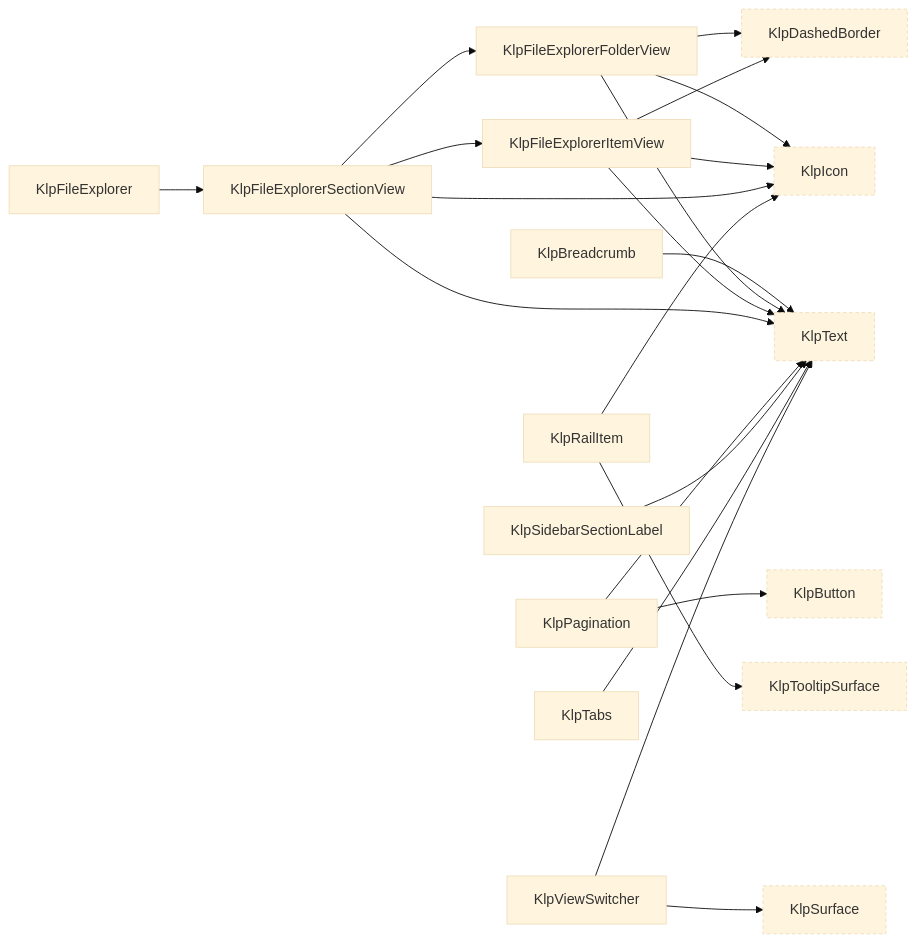
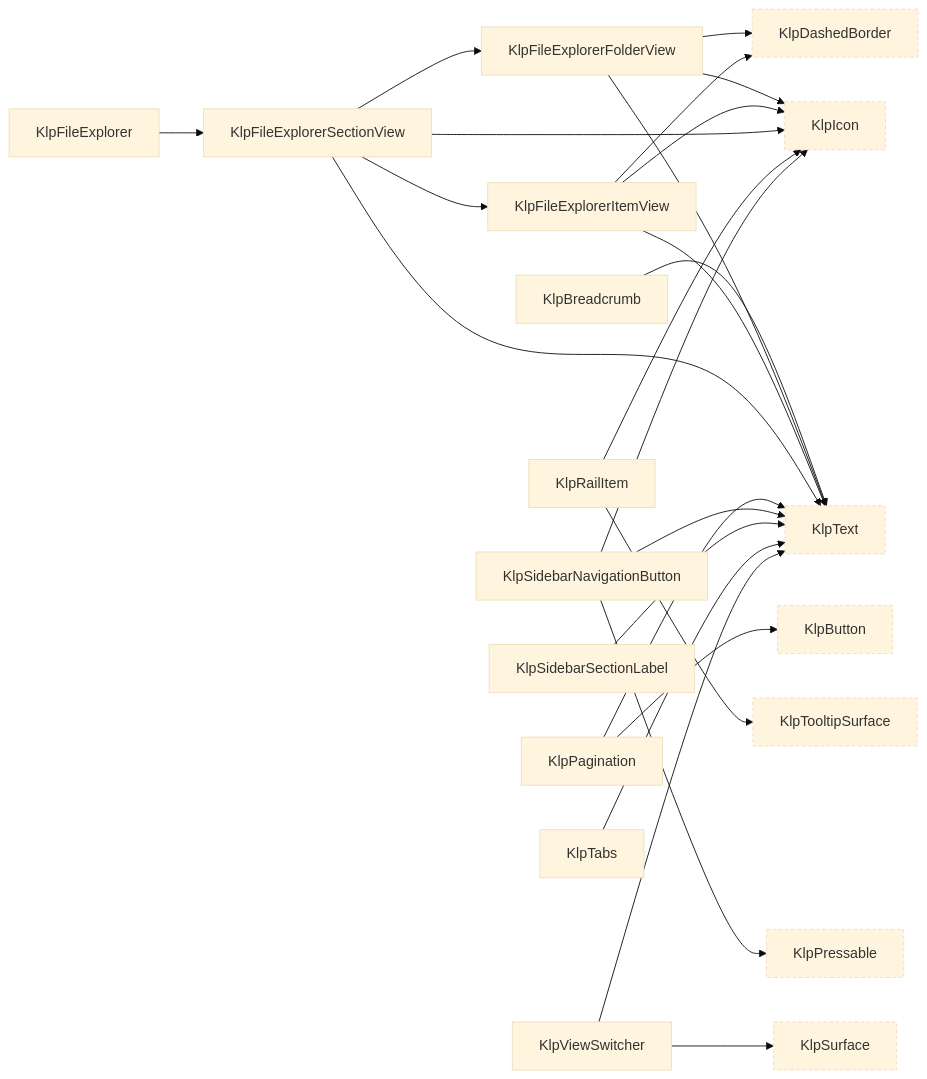
One commit to MiuDog/Kallopis changed diagram 12 of 16 in spec/component-inventory.md. Above: the diagram before and after it, drawn with Mermaid (base theme). The commit also changed other lines of this file and 48 other files, not shown here.

Commit message:
feat: centralize sidebar navigation styling

````diff
--- a/spec/component-inventory.md
+++ b/spec/component-inventory.md
@@ -834,40 +836,45 @@
 ```mermaid
 graph LR
   KlpBreadcrumb["KlpBreadcrumb"]
   KlpButton["KlpButton"]:::external
   KlpDashedBorder["KlpDashedBorder"]:::external
   KlpFileExplorer["KlpFileExplorer"]
   KlpFileExplorerFolderView["KlpFileExplorerFolderView"]
   KlpFileExplorerItemView["KlpFileExplorerItemView"]
   KlpFileExplorerSectionView["KlpFileExplorerSectionView"]
   KlpIcon["KlpIcon"]:::external
   KlpPagination["KlpPagination"]
+  KlpPressable["KlpPressable"]:::external
   KlpRailItem["KlpRailItem"]
+  KlpSidebarNavigationButton["KlpSidebarNavigationButton"]
   KlpSidebarSectionLabel["KlpSidebarSectionLabel"]
   KlpSurface["KlpSurface"]:::external
   KlpTabs["KlpTabs"]
   KlpText["KlpText"]:::external
   KlpTooltipSurface["KlpTooltipSurface"]:::external
   KlpViewSwitcher["KlpViewSwitcher"]
   KlpBreadcrumb --> KlpText
   KlpFileExplorerFolderView --> KlpDashedBorder
   KlpFileExplorerFolderView --> KlpIcon
   KlpFileExplorerFolderView --> KlpText
   KlpFileExplorerItemView --> KlpDashedBorder
   KlpFileExplorerItemView --> KlpIcon
   KlpFileExplorerItemView --> KlpText
   KlpFileExplorerSectionView --> KlpFileExplorerFolderView
   KlpFileExplorerSectionView --> KlpFileExplorerItemView
   KlpFileExplorerSectionView --> KlpIcon
   KlpFileExplorerSectionView --> KlpText
   KlpFileExplorer --> KlpFileExplorerSectionView
   KlpPagination --> KlpButton
   KlpPagination --> KlpText
   KlpRailItem --> KlpIcon
   KlpRailItem --> KlpTooltipSurface
+  KlpSidebarNavigationButton --> KlpIcon
+  KlpSidebarNavigationButton --> KlpPressable
+  KlpSidebarNavigationButton --> KlpText
   KlpSidebarSectionLabel --> KlpText
   KlpTabs --> KlpText
   KlpViewSwitcher --> KlpSurface
   KlpViewSwitcher --> KlpText
   classDef external stroke-dasharray: 4 3;
 ```
````
